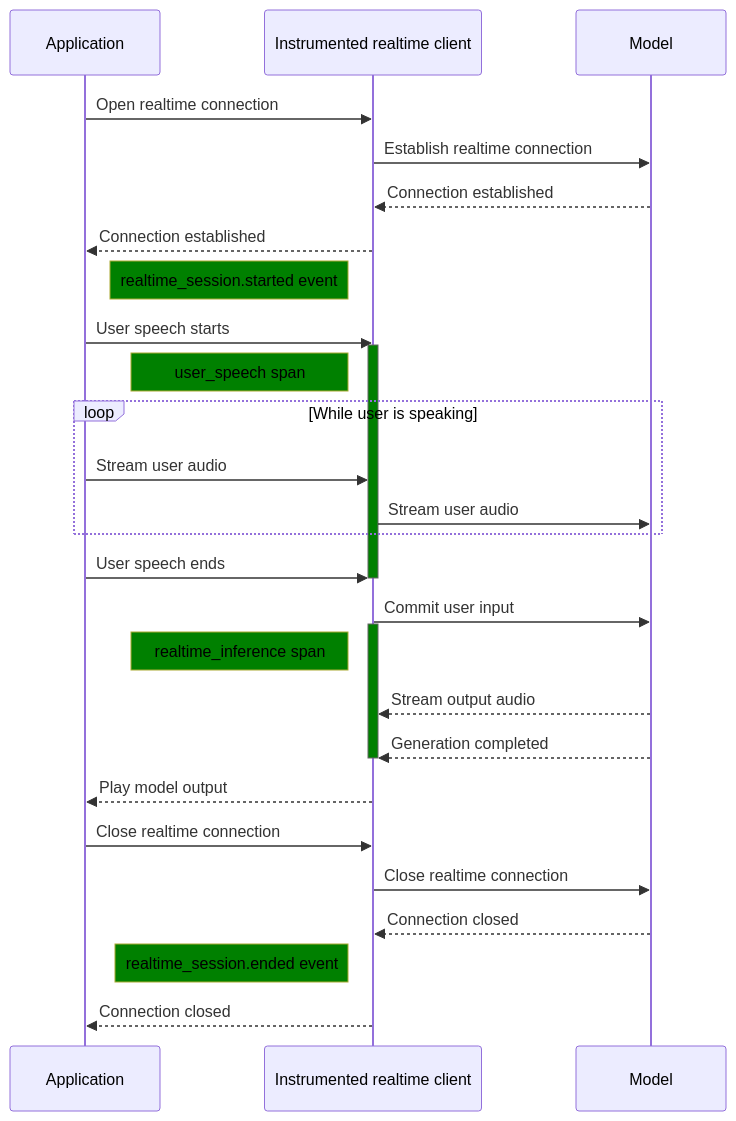
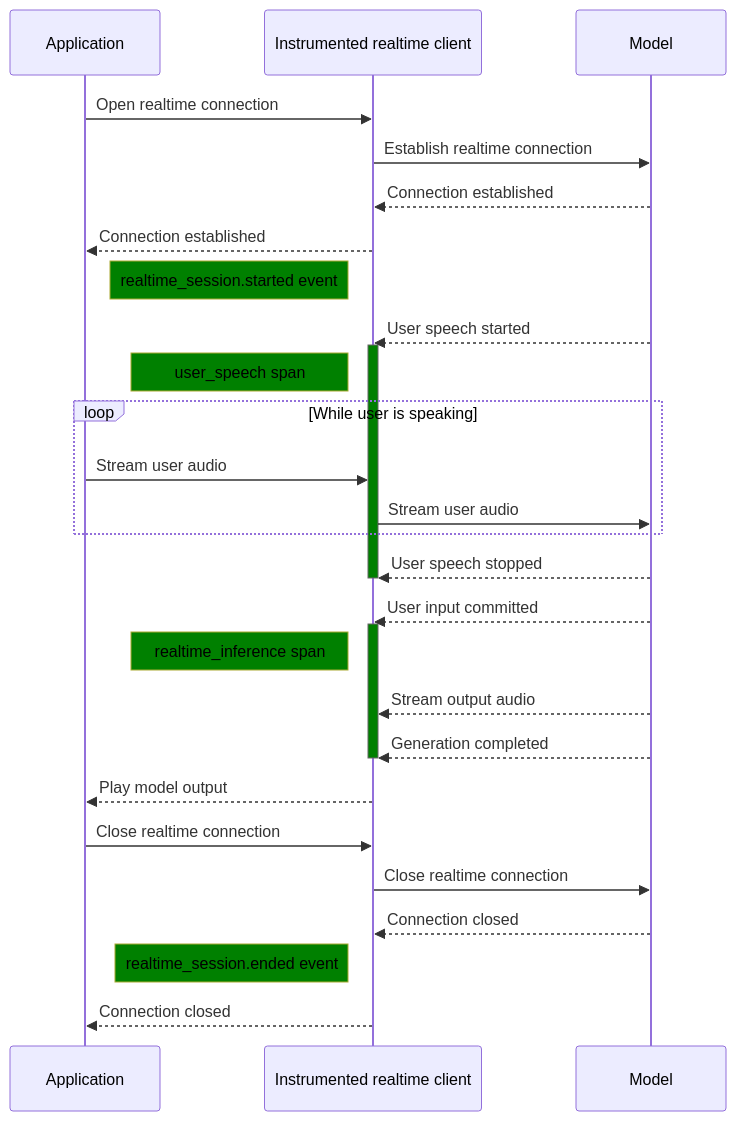
One commit to open-telemetry/semantic-conventions-genai changed the fifth of 6 diagrams in docs/gen-ai/non-normative/examples-llm-calls.md. Above: the diagram before and after it, drawn with Mermaid. The commit also changed other lines of this file and 4 other files, not shown here.

````diff
--- a/docs/gen-ai/non-normative/examples-llm-calls.md
+++ b/docs/gen-ai/non-normative/examples-llm-calls.md
@@ -985,38 +985,38 @@
 ```mermaid
 %%{init:
 {
   "sequence": { "messageAlign": "left", "htmlLabels":true },
   "themeVariables": { "noteBkgColor" : "green", "noteTextColor": "black", "activationBkgColor": "green", "htmlLabels":true }
 }
 }%%
 sequenceDiagram
     participant A as Application
     participant I as Instrumented realtime client
     participant M as Model
     A->>I: Open realtime connection
     I->>M: Establish realtime connection
     M-->>I: Connection established
     I-->>A: Connection established
     Note left of I: realtime_session.started event
-    A->>I: User speech starts
+    M-->>I: User speech started
     activate I
     Note left of I: user_speech span
     loop While user is speaking
         A->>I: Stream user audio
         I->>M: Stream user audio
     end
-    A->>I: User speech ends
+    M-->>I: User speech stopped
     deactivate I
-    I->>M: Commit user input
+    M-->>I: User input committed
     activate I
     Note left of I: realtime_inference span
     M-->>I: Stream output audio
     M-->>I: Generation completed
     deactivate I
     I-->>A: Play model output
     A->>I: Close realtime connection
     I->>M: Close realtime connection
     M-->>I: Connection closed
     Note left of I: realtime_session.ended event
     I-->>A: Connection closed
 ```
````
